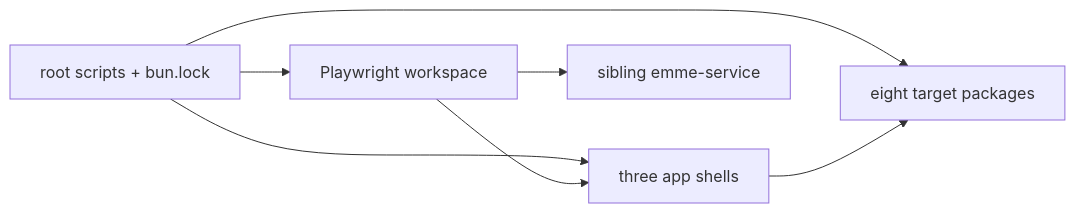
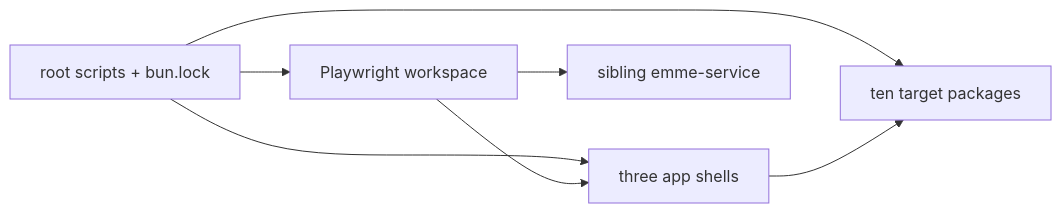
The second of 2 diagrams in docs/architecture/00-project/frontend-build-bun.md (migangdelzar/emme-web), drawn with Mermaid before and after one commit. The commit also changed 12 other files, not shown here.

Commit message:
docs(architecture): split project architecture handbook

````diff
--- a/docs/architecture/00-project/frontend-build-bun.md
+++ b/docs/architecture/00-project/frontend-build-bun.md
@@ -59,9 +59,9 @@
 ```mermaid
 flowchart LR
     Root["root scripts + bun.lock"] --> Apps["three app shells"]
-    Root --> Packages["eight target packages"]
+    Root --> Packages["ten target packages"]
     Root --> E2E["Playwright workspace"]
     Apps --> Packages
     E2E --> Apps
     E2E --> Service["sibling emme-service"]
 ```
````
